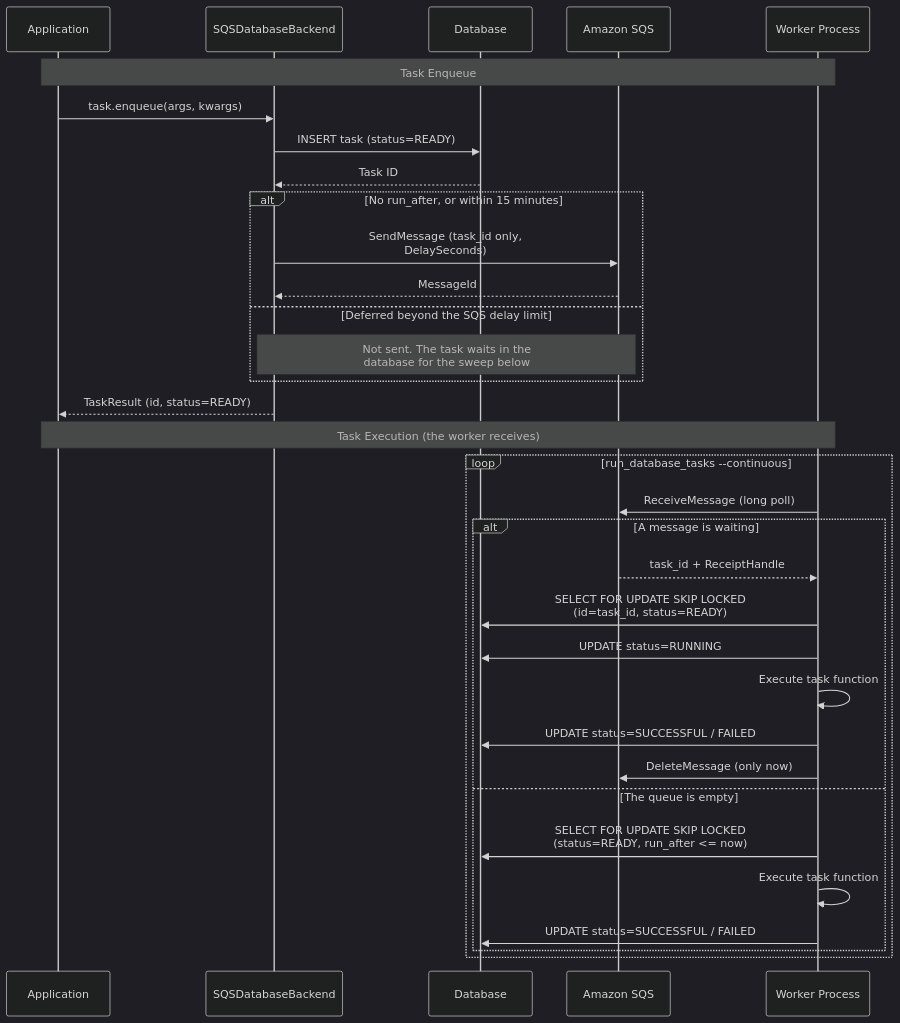
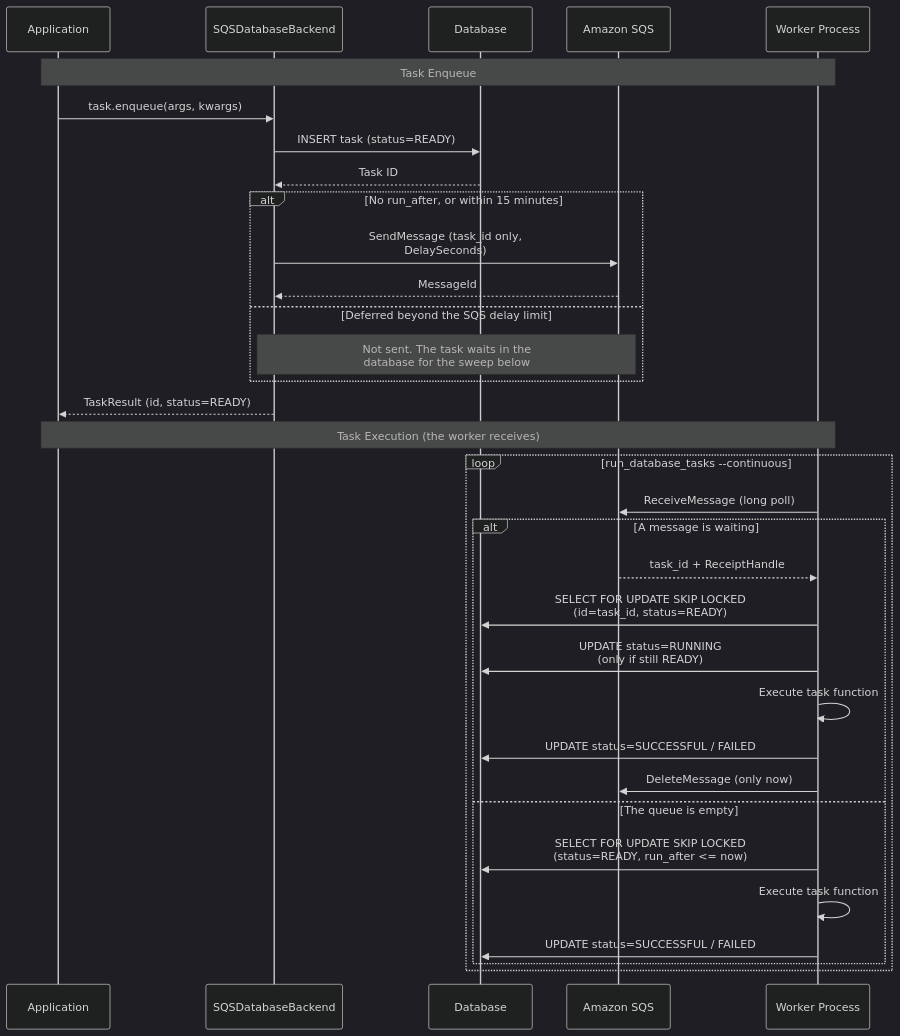
Before and after one commit to tokibito/django-database-task: the fourth of 4 diagrams in README.md, drawn with Mermaid (dark theme). The commit also changed other lines of this file and 12 other files, not shown here.

````diff
--- a/README.md
+++ b/README.md
@@ -1874,37 +1874,37 @@
 ```mermaid
 sequenceDiagram
     participant App as Application
     participant Backend as SQSDatabaseBackend
     participant DB as Database
     participant SQS as Amazon SQS
     participant Worker as Worker Process
 
     Note over App,Worker: Task Enqueue
     App->>Backend: task.enqueue(args, kwargs)
     Backend->>DB: INSERT task (status=READY)
     DB-->>Backend: Task ID
     alt No run_after, or within 15 minutes
         Backend->>SQS: SendMessage (task_id only,<br/>DelaySeconds)
         SQS-->>Backend: MessageId
     else Deferred beyond the SQS delay limit
         Note over Backend,SQS: Not sent. The task waits in the<br/>database for the sweep below
     end
     Backend-->>App: TaskResult (id, status=READY)
 
     Note over App,Worker: Task Execution (the worker receives)
     loop run_database_tasks --continuous
         Worker->>SQS: ReceiveMessage (long poll)
         alt A message is waiting
             SQS-->>Worker: task_id + ReceiptHandle
             Worker->>DB: SELECT FOR UPDATE SKIP LOCKED<br/>(id=task_id, status=READY)
-            Worker->>DB: UPDATE status=RUNNING
+            Worker->>DB: UPDATE status=RUNNING<br/>(only if still READY)
             Worker->>Worker: Execute task function
             Worker->>DB: UPDATE status=SUCCESSFUL / FAILED
             Worker->>SQS: DeleteMessage (only now)
         else The queue is empty
             Worker->>DB: SELECT FOR UPDATE SKIP LOCKED<br/>(status=READY, run_after <= now)
             Worker->>Worker: Execute task function
             Worker->>DB: UPDATE status=SUCCESSFUL / FAILED
         end
     end
 ```
````
